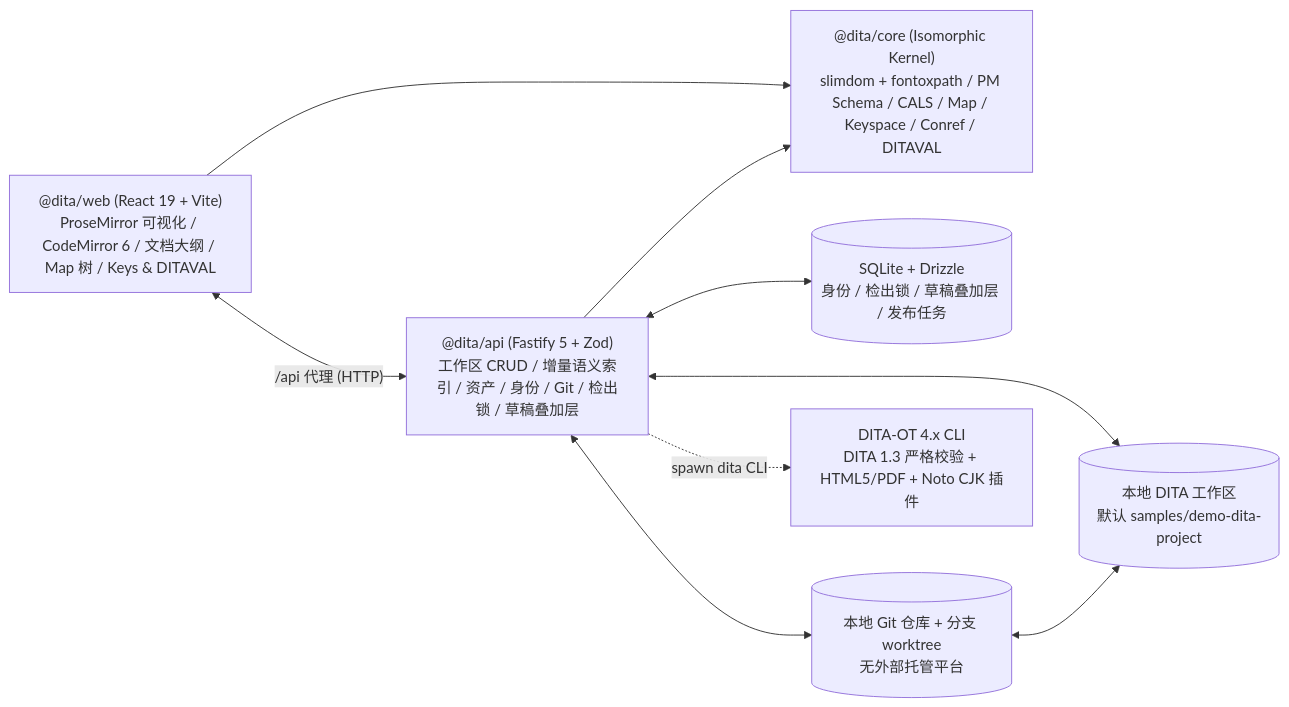
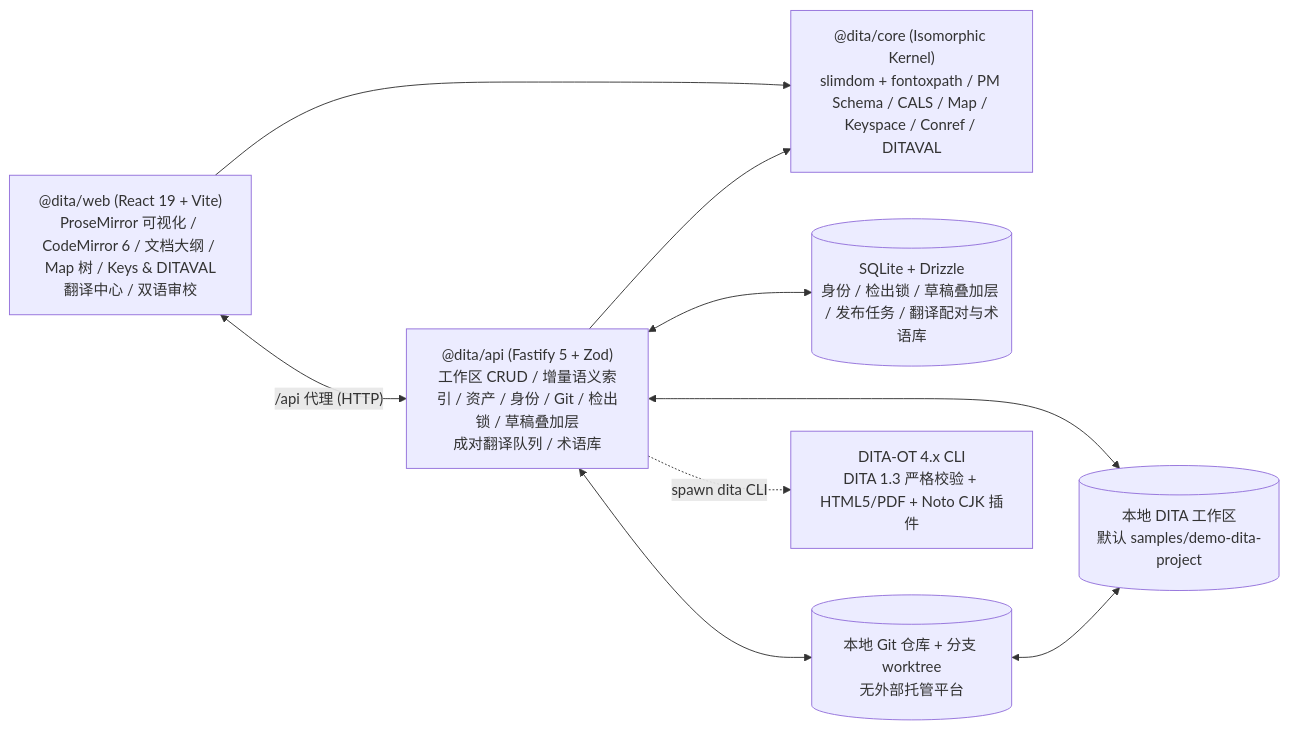
The diagram in README.md (Ericfeng84/DITAEditor), drawn with Mermaid before and after one commit. The commit also changed other lines of this file and 159 other files, not shown here.

````diff
--- a/README.md
+++ b/README.md
@@ -268,19 +289,19 @@
 ```mermaid
 flowchart LR
-    Web["@dita/web (React 19 + Vite)<br/>ProseMirror 可视化 / CodeMirror 6 / 文档大纲 / Map 树 / Keys & DITAVAL"]
-    API["@dita/api (Fastify 5 + Zod)<br/>工作区 CRUD / 增量语义索引 / 资产 / 身份 / Git / 检出锁 / 草稿叠加层"]
+    Web["@dita/web (React 19 + Vite)<br/>ProseMirror 可视化 / CodeMirror 6 / 文档大纲 / Map 树 / Keys & DITAVAL<br/>翻译中心 / 双语审校"]
+    API["@dita/api (Fastify 5 + Zod)<br/>工作区 CRUD / 增量语义索引 / 资产 / 身份 / Git / 检出锁 / 草稿叠加层<br/>成对翻译队列 / 术语库"]
     Core["@dita/core (Isomorphic Kernel)<br/>slimdom + fontoxpath / PM Schema / CALS / Map / Keyspace / Conref / DITAVAL"]
     FS[("本地 DITA 工作区<br/>默认 samples/demo-dita-project")]
-    DB[("SQLite + Drizzle<br/>身份 / 检出锁 / 草稿叠加层 / 发布任务")]
+    DB[("SQLite + Drizzle<br/>身份 / 检出锁 / 草稿叠加层 / 发布任务 / 翻译配对与术语库")]
     GIT[("本地 Git 仓库 + 分支 worktree<br/>无外部托管平台")]
     CLI["DITA-OT 4.x CLI<br/>DITA 1.3 严格校验 + HTML5/PDF + Noto CJK 插件"]
 
     Web <-->|"/api 代理 (HTTP)"| API
     Web --> Core
     API --> Core
     API <--> FS
     API <--> DB
     API <--> GIT
     GIT <--> FS
     API -.->|"spawn dita CLI"| CLI
 ```
````
